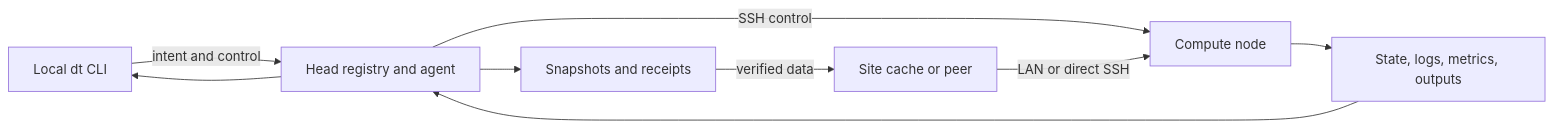
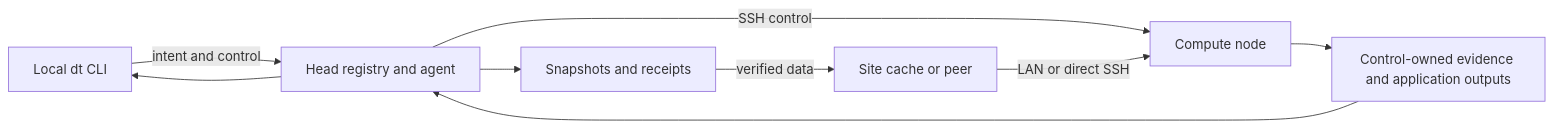
One commit to ChangWinde/dt changed the diagram in README.md. Above: the diagram before and after it, drawn with Mermaid. The commit also changed other lines of this file and 18 other files, not shown here.

````diff
--- a/README.md
+++ b/README.md
@@ -148,11 +153,11 @@
 ```mermaid
 flowchart LR
     CLI["Local dt CLI"] -->|intent and control| HEAD["Head registry and agent"]
     HEAD --> STORE["Snapshots and receipts"]
     HEAD -->|SSH control| NODE["Compute node"]
     STORE -->|verified data| SITE["Site cache or peer"]
     SITE -->|LAN or direct SSH| NODE
-    NODE --> EVIDENCE["State, logs, metrics, outputs"]
+    NODE --> EVIDENCE["Control-owned evidence and application outputs"]
     EVIDENCE --> HEAD
     HEAD --> CLI
 ```
````
